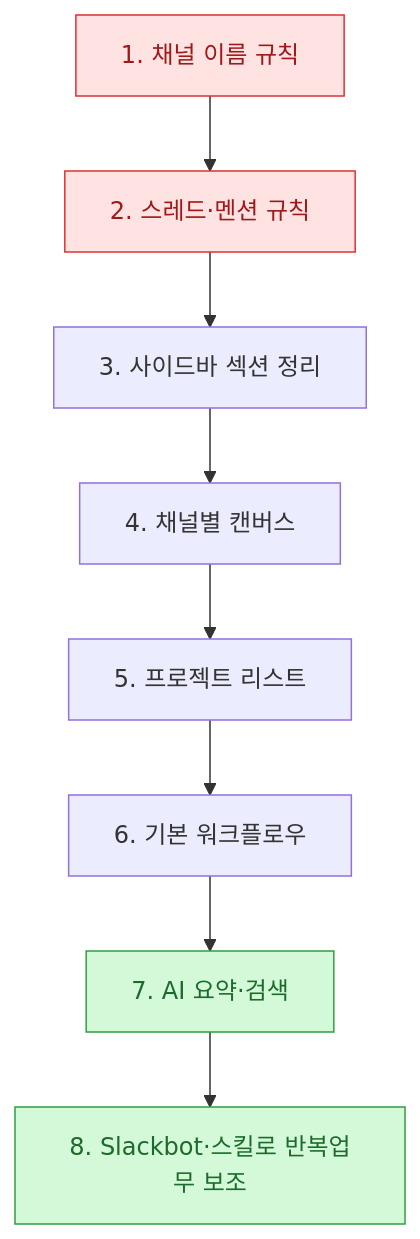
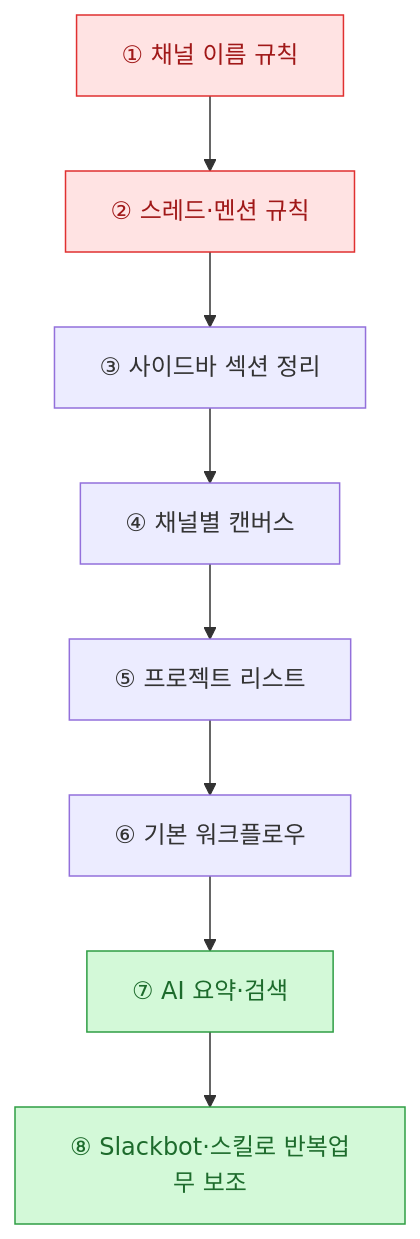
One commit to DBhyeong/DBhyeong.github.io changed the fourth of 4 diagrams in content/blog/slack-work-operating-space-guide.md. Above: the diagram before and after it, drawn with Mermaid. The commit also changed 1 other file, not shown here.

Commit message:
fix(mermaid): 라벨이 "숫자. "로 시작해 순서목록으로 오인되던 다이어그램 수정
라이브 전수 점검에서 발견. 알려진 실패 유형인데 옛 글 2편에 남아 있었다.

  naver-blog-smarteditor-rabbitwrite-image-upload-automation
    → 다이어그램 10개 전부 "Unsupported markdown: list"로 깨진 상태였음
  slack-work-operating-space-guide

수정: 스텝 번호를 원문자(①②③…)로 치환. 로컬 빌드는 통과하고
서버 HTML에도 svg가 생기므로 grep으로는 못 잡고, 라이브 렌더에서만 드러난다.

함께 확인한 것:
- 밑줄(`login_log`, `user_id`)은 트리거가 아님 — 74건 정상 렌더 확인, 수정 불필요
- 백틱·링크·불릿 시작 라벨은 전 글에 0건

````diff
--- a/content/blog/slack-work-operating-space-guide.md
+++ b/content/blog/slack-work-operating-space-guide.md
@@ -135,14 +135,14 @@
 ```mermaid
 flowchart TD
-    A["1. 채널 이름 규칙"] --> B["2. 스레드·멘션 규칙"]
-    B --> C["3. 사이드바 섹션 정리"]
-    C --> D["4. 채널별 캔버스"]
-    D --> E["5. 프로젝트 리스트"]
-    E --> F["6. 기본 워크플로우"]
-    F --> G["7. AI 요약·검색"]
-    G --> H["8. Slackbot·스킬로 반복업무 보조"]
+    A["① 채널 이름 규칙"] --> B["② 스레드·멘션 규칙"]
+    B --> C["③ 사이드바 섹션 정리"]
+    C --> D["④ 채널별 캔버스"]
+    D --> E["⑤ 프로젝트 리스트"]
+    E --> F["⑥ 기본 워크플로우"]
+    F --> G["⑦ AI 요약·검색"]
+    G --> H["⑧ Slackbot·스킬로 반복업무 보조"]
     classDef base fill:#ffe3e3,stroke:#e03131,color:#a01818;
     classDef ai fill:#d3f9d8,stroke:#2f9e44,color:#1d6b2c;
     class A,B base;
     class G,H ai;
 ```
````
